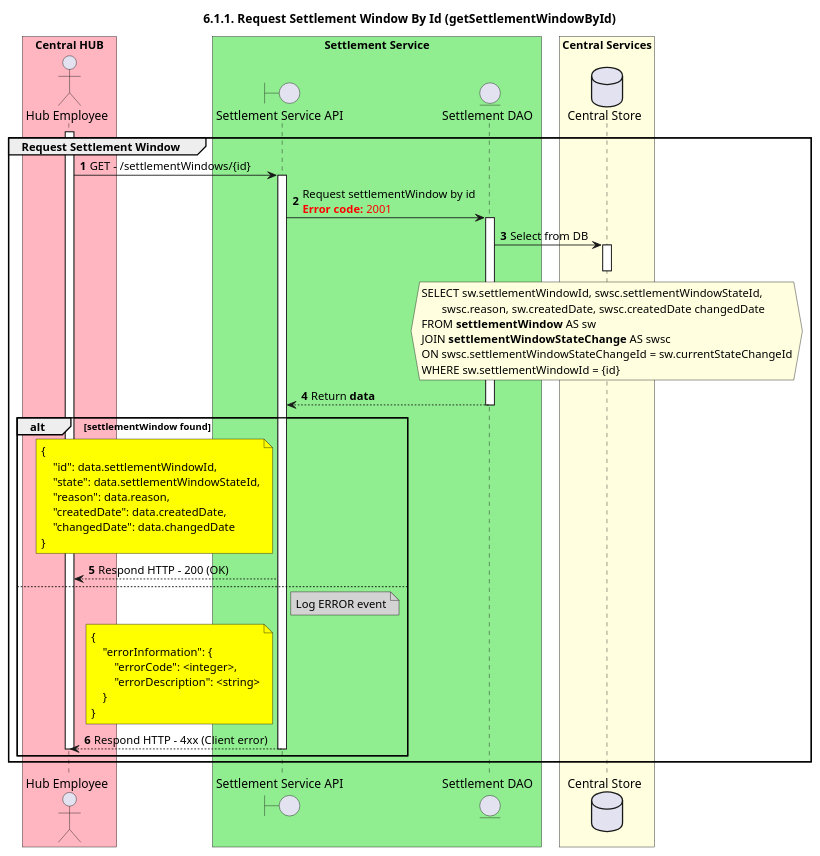
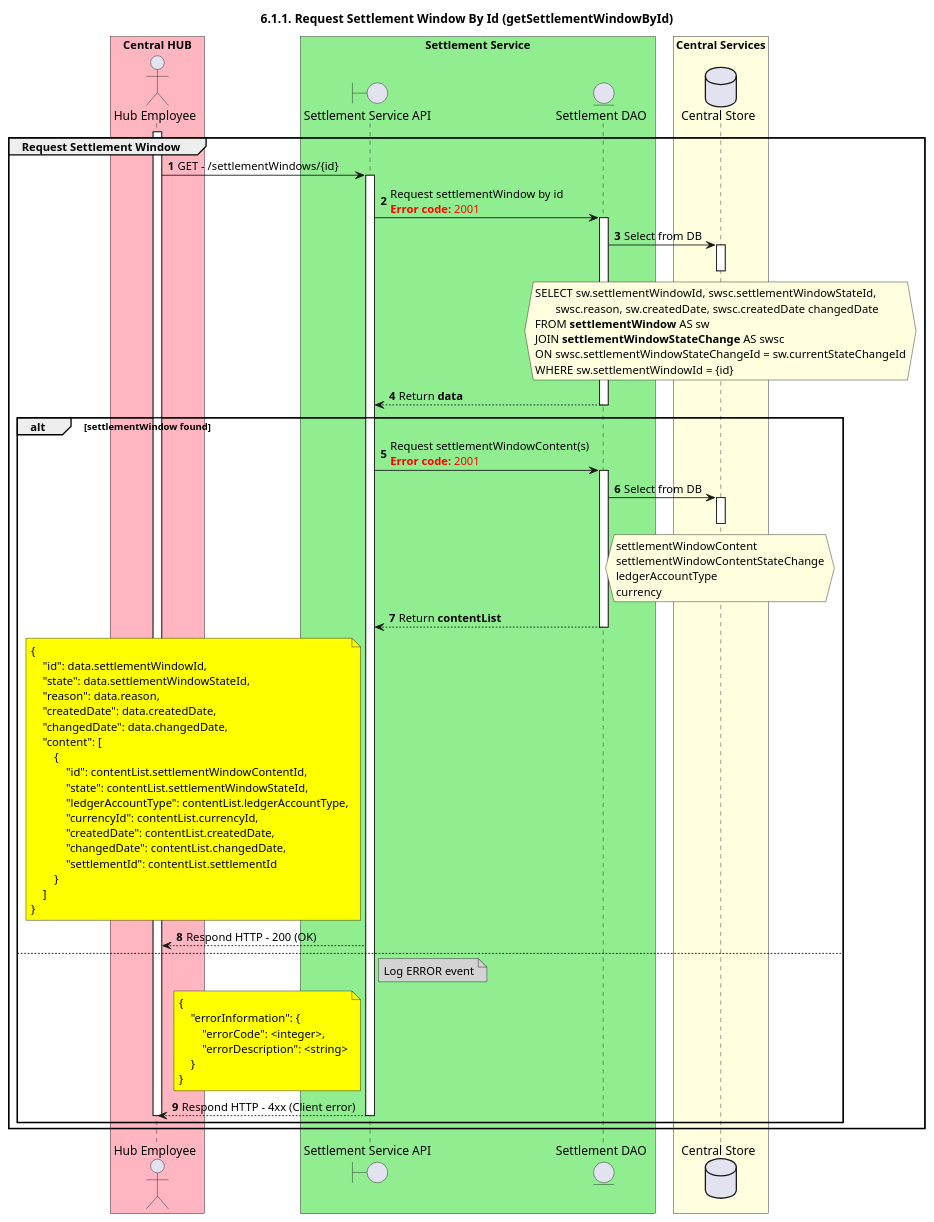
The diagram in mojaloop-technical-overview/central-settlements/settlement-process/assets/diagrams/sequence/seq-setwindow-6.1.1.plantuml (mojaloop/documentation), drawn with PlantUML before and after one commit. The commit also changed other lines of this file and 5 other files, not shown here.

First line of the commit message:
feature/1105 Sequence Diagrams Part 2 (#150)

```diff
--- a/mojaloop-technical-overview/central-settlements/settlement-process/assets/diagrams/sequence/seq-setwindow-6.1.1.plantuml
+++ b/mojaloop-technical-overview/central-settlements/settlement-process/assets/diagrams/sequence/seq-setwindow-6.1.1.plantuml
@@ -25,75 +26,99 @@
 @startuml
 ' declate title
 title 6.1.1. Request Settlement Window By Id (getSettlementWindowById)
 
 autonumber
 
 ' declare actors
 actor "Hub Employee" as OPERATOR
 boundary "Settlement Service API" as SSAPI
 entity "Settlement DAO" as SETTLE_DAO
 database "Central Store" as DB
 
 box "Central HUB" #lightpink
     participant OPERATOR
 end box
 
 box "Settlement Service" #lightgreen
     participant SSAPI
     participant SETTLE_DAO
 end box
 
 box "Central Services" #lightyellow
     participant DB
 end box
 
 ' start flow
 group Request Settlement Window
     activate OPERATOR
     OPERATOR -> SSAPI: GET - /settlementWindows/{id}
     activate SSAPI
     SSAPI -> SETTLE_DAO: Request settlementWindow by id\n<color #FF0000><b>Error code:</b> 2001</color>
     activate SETTLE_DAO
     SETTLE_DAO -> DB: Select from DB
     activate DB
     hnote over DB #lightyellow
         SELECT sw.settlementWindowId, swsc.settlementWindowStateId, 
                swsc.reason, sw.createdDate, swsc.createdDate changedDate
         FROM **settlementWindow** AS sw
         JOIN **settlementWindowStateChange** AS swsc
         ON swsc.settlementWindowStateChangeId = sw.currentStateChangeId
         WHERE sw.settlementWindowId = {id}
     end hnote
     deactivate DB
     SSAPI <-- SETTLE_DAO: Return **data**
     deactivate SETTLE_DAO
 
     alt settlementWindow found
-        note left of SSAPI #Yellow
+        SSAPI -> SETTLE_DAO: Request settlementWindowContent(s)\n<color #FF0000><b>Error code:</b> 2001</color>
+        activate SETTLE_DAO
+        SETTLE_DAO -> DB: Select from DB
+        activate DB
+        hnote over DB #lightyellow
+            settlementWindowContent
+            settlementWindowContentStateChange
+            ledgerAccountType
+            currency
+        end hnote
+        deactivate DB
+        SSAPI <-- SETTLE_DAO: Return **contentList**
+        deactivate SETTLE_DAO
+        note left of SSAPI #yellow
             {
                 "id": data.settlementWindowId,
                 "state": data.settlementWindowStateId,
                 "reason": data.reason,
                 "createdDate": data.createdDate,
-                "changedDate": data.changedDate
+                "changedDate": data.changedDate,
+                "content": [
+                    {
+                        "id": contentList.settlementWindowContentId,
+                        "state": contentList.settlementWindowStateId,
+                        "ledgerAccountType": contentList.ledgerAccountType,
+                        "currencyId": contentList.currencyId,
+                        "createdDate": contentList.createdDate,
+                        "changedDate": contentList.changedDate,
+                        "settlementId": contentList.settlementId
+                    }
+                ]
             }
         end note
         OPERATOR <-- SSAPI: Respond HTTP - 200 (OK)
     else
         note right of SSAPI #lightgray
             Log ERROR event
         end note
         note left of SSAPI #yellow
             {
                 "errorInformation": {
                     "errorCode": <integer>,
                     "errorDescription": <string>
                 }
             }
         end note
         OPERATOR <-- SSAPI: Respond HTTP - 4xx (Client error)
         deactivate SSAPI
         deactivate OPERATOR
     end
 end
 @enduml
```
